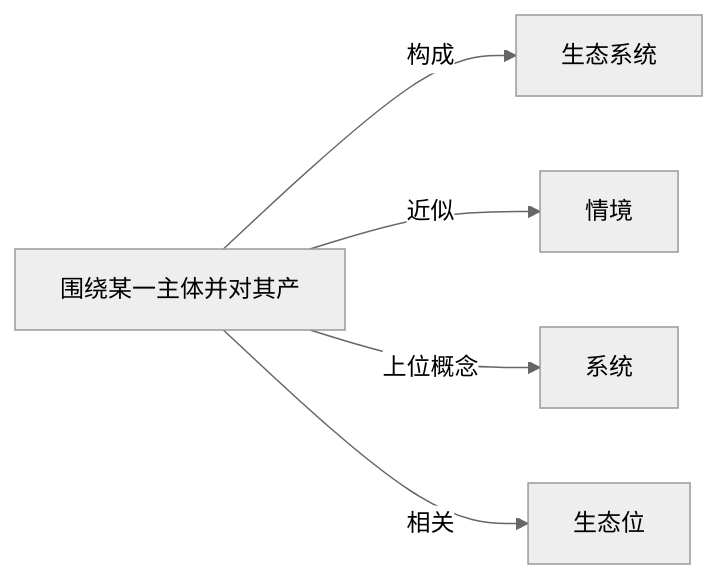
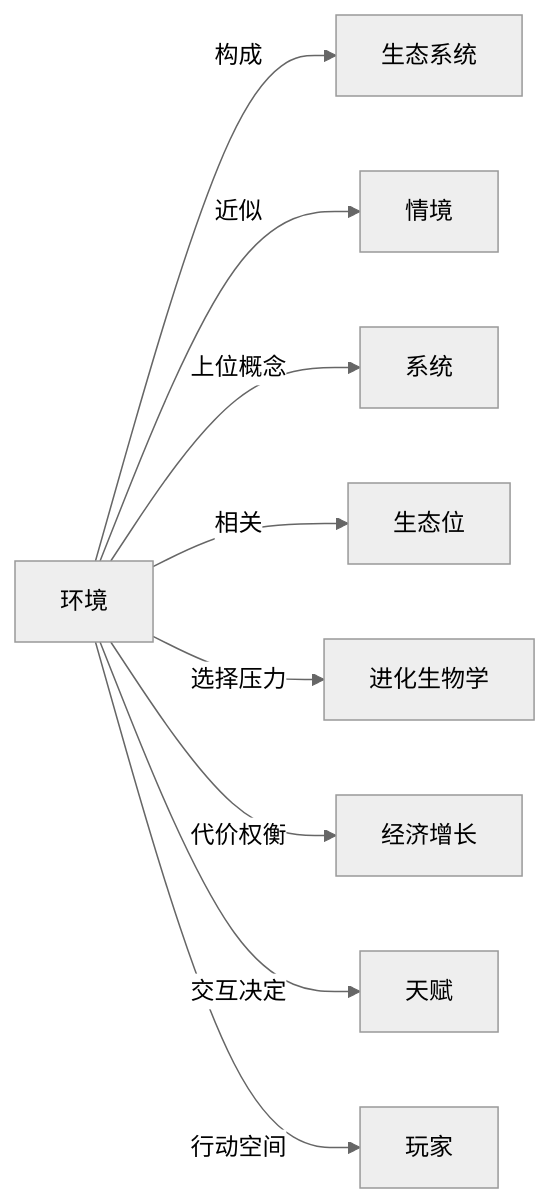
Before and after one commit to KIMMCHOW/MyKnowledge: the diagram in Knowledge/Concepts/生态学/环境.md, drawn with Mermaid (neutral theme). The commit also changed 96 other files, not shown here.

Commit message:
fix: 修复概念页关系图节点并补齐缺失关联

````diff
--- a/Knowledge/Concepts/生态学/环境.md
+++ b/Knowledge/Concepts/生态学/环境.md
@@ -47,7 +47,11 @@
 ```mermaid
 graph LR
-    围绕某一主体并对其产 -->|构成| 生态系统
-    围绕某一主体并对其产 -->|近似| 情境
-    围绕某一主体并对其产 -->|上位概念| 系统
-    围绕某一主体并对其产 -->|相关| 生态位
+环境 -->|构成| 生态系统
+环境 -->|近似| 情境
+环境 -->|上位概念| 系统
+环境 -->|相关| 生态位
+环境 -->|选择压力| 进化生物学
+环境 -->|代价权衡| 经济增长
+环境 -->|交互决定| 天赋
+环境 -->|行动空间| 玩家
 ```
````
